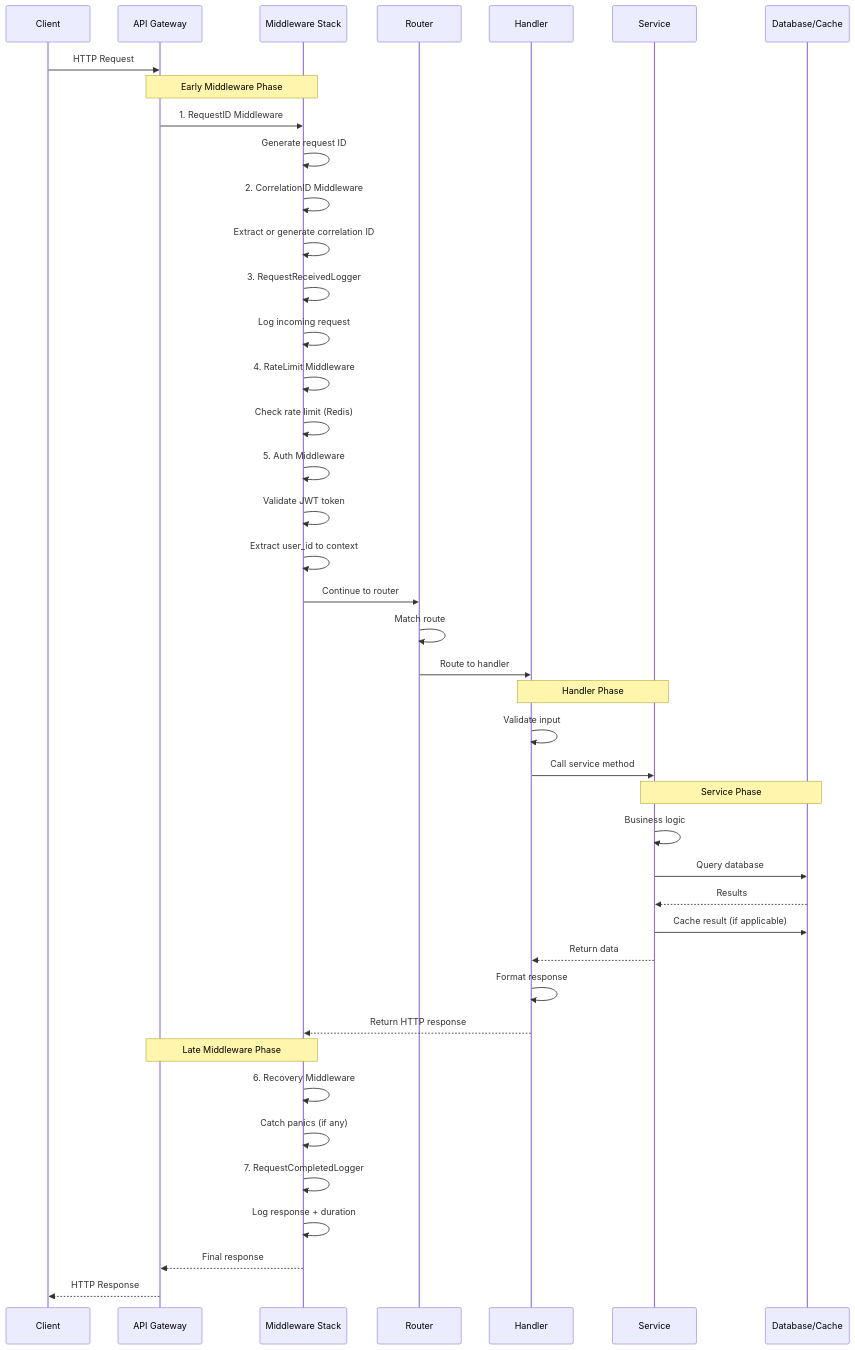
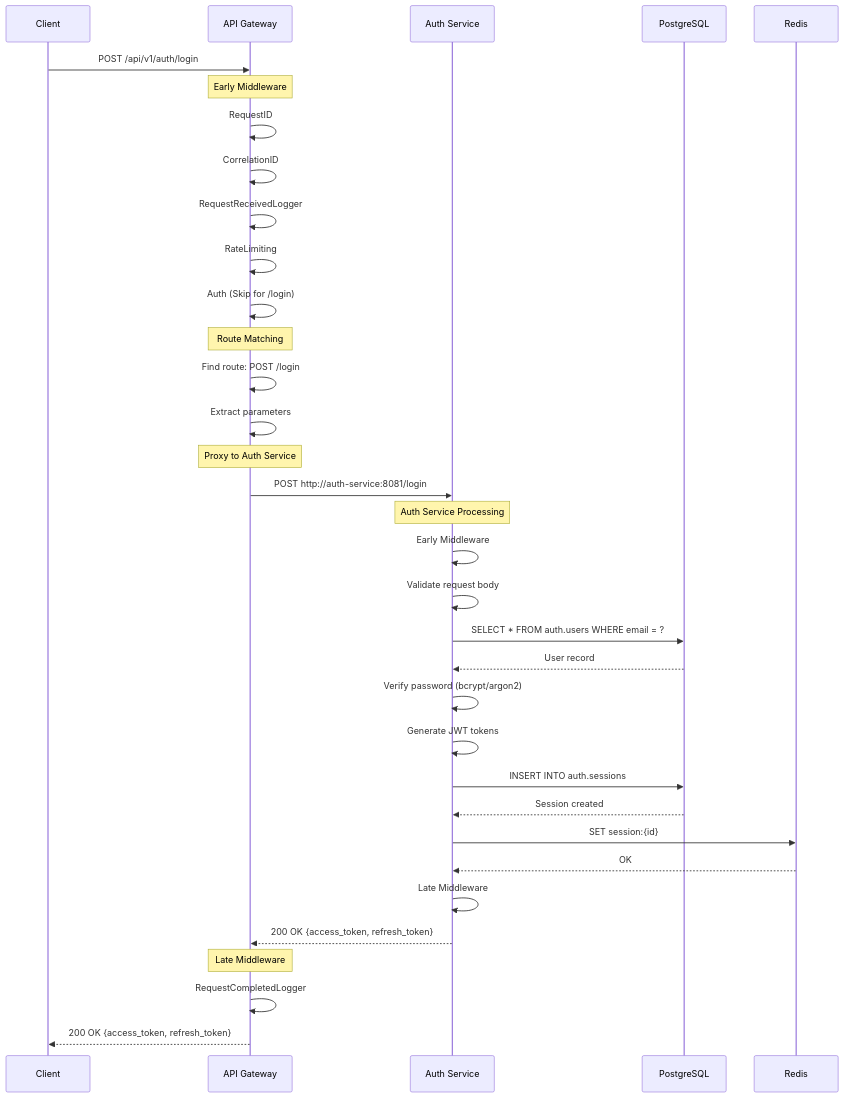
Before and after one commit to Dracula-101/echo-backend: the diagram in docs/SERVER_ARCHITECTURE.md, drawn with Mermaid. The commit also changed other lines of this file and 9 other files, not shown here.

````diff
--- a/docs/SERVER_ARCHITECTURE.md
+++ b/docs/SERVER_ARCHITECTURE.md
@@ -516,52 +503,41 @@
 ```mermaid
 sequenceDiagram
-    participant C as Client
-    participant G as API Gateway
-    participant M as Middleware Stack
-    participant R as Router
-    participant H as Handler
-    participant S as Service
-    participant DB as Database/Cache
+    participant Client
+    participant Gateway as API Gateway
+    participant Auth as Auth Service
+    participant DB as PostgreSQL
+    participant Redis
 
-    C->>G: HTTP Request
+    Client->>Gateway: POST /api/v1/auth/login
+    Note over Gateway: Early Middleware
+    Gateway->>Gateway: RequestID
+    Gateway->>Gateway: CorrelationID
+    Gateway->>Gateway: RequestReceivedLogger
+    Gateway->>Gateway: RateLimiting
+    Gateway->>Gateway: Auth (Skip for /login)
 
-    Note over G,M: Early Middleware Phase
-    G->>M: 1. RequestID Middleware
-    M->>M: Generate request ID
-    M->>M: 2. CorrelationID Middleware
-    M->>M: Extract or generate correlation ID
-    M->>M: 3. RequestReceivedLogger
-    M->>M: Log incoming request
-    M->>M: 4. RateLimit Middleware
-    M->>M: Check rate limit (Redis)
-    M->>M: 5. Auth Middleware
-    M->>M: Validate JWT token
-    M->>M: Extract user_id to context
+    Note over Gateway: Route Matching
+    Gateway->>Gateway: Find route: POST /login
+    Gateway->>Gateway: Extract parameters
 
-    M->>R: Continue to router
-    R->>R: Match route
-    R->>H: Route to handler
+    Note over Gateway: Proxy to Auth Service
+    Gateway->>Auth: POST http://auth-service:8081/login
 
-    Note over H,S: Handler Phase
-    H->>H: Validate input
-    H->>S: Call service method
+    Note over Auth: Auth Service Processing
+    Auth->>Auth: Early Middleware
+    Auth->>Auth: Validate request body
+    Auth->>DB: SELECT * FROM auth.users WHERE email = ?
+    DB-->>Auth: User record
+    Auth->>Auth: Verify password (bcrypt/argon2)
+    Auth->>Auth: Generate JWT tokens
+    Auth->>DB: INSERT INTO auth.sessions
+    DB-->>Auth: Session created
+    Auth->>Redis: SET session:{id}
+    Redis-->>Auth: OK
+    Auth->>Auth: Late Middleware
+    Auth-->>Gateway: 200 OK {access_token, refresh_token}
 
-    Note over S,DB: Service Phase
-    S->>S: Business logic
-    S->>DB: Query database
-    DB-->>S: Results
-    S->>DB: Cache result (if applicable)
-    S-->>H: Return data
-
-    H->>H: Format response
-    H-->>M: Return HTTP response
-
-    Note over M,G: Late Middleware Phase
-    M->>M: 6. Recovery Middleware
-    M->>M: Catch panics (if any)
-    M->>M: 7. RequestCompletedLogger
-    M->>M: Log response + duration
-
-    M-->>G: Final response
-    G-->>C: HTTP Response
+    Note over Gateway: Late Middleware
+    Gateway->>Gateway: RequestCompletedLogger
+    Gateway-->>Client: 200 OK {access_token, refresh_token}
 ```
````
